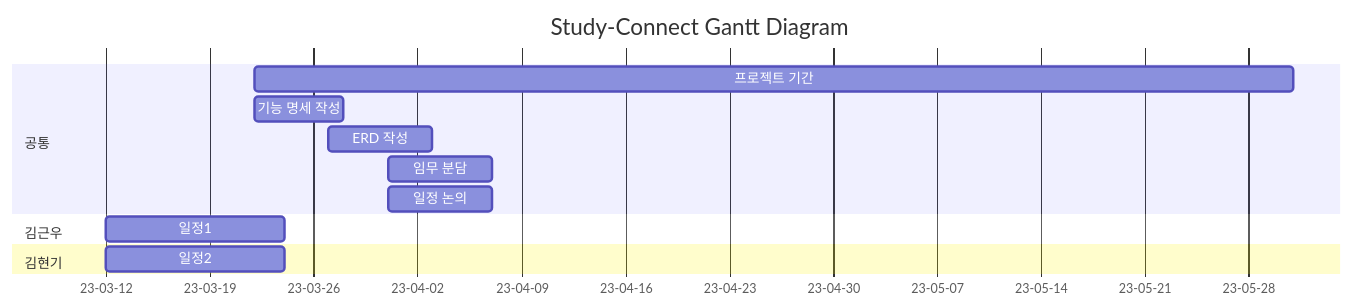
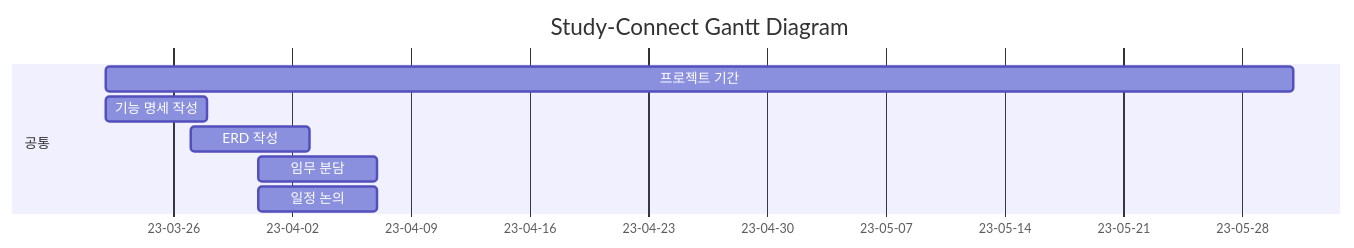
The diagram in README.md (f-lab-edu/StudyConnect), drawn with Mermaid before and after one commit. The commit also changed other lines of this file, not shown here.

````diff
--- a/README.md
+++ b/README.md
@@ -3,16 +25,12 @@
 ```mermaid
 		gantt
     title Study-Connect Gantt Diagram
     dateFormat  YY-MM-DD
     axisFormat  %y-%m-%d
     section 공통
     프로젝트 기간   :a1, 23-03-22, 23-05-31
     기능 명세 작성  :a2, 23-03-22, 6d
     ERD 작성      :a3, 23-03-27, 7d
 		임무 분담      :a4, 23-03-31, 7d
-		일정 논의      :a5, 23-03-31, 7d
-    section 김근우
-    일정1      :23-03-12  , 12d
-    section 김현기
-    일정2      :2023-03-12  , 12d
+		일정 논의      :a5, 23-03-31, 7d    
 ```
````
